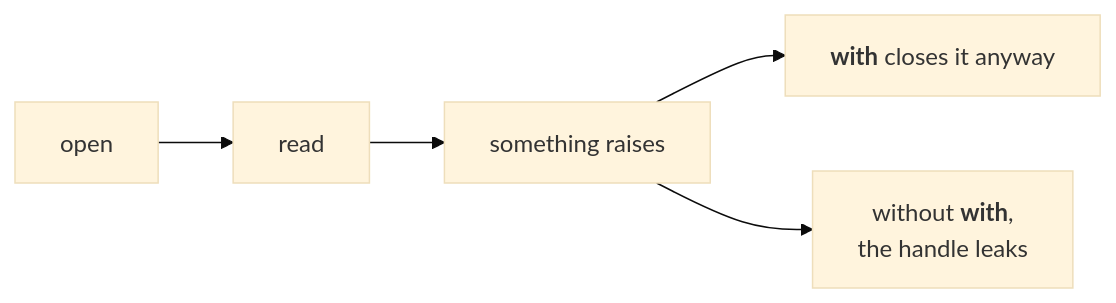
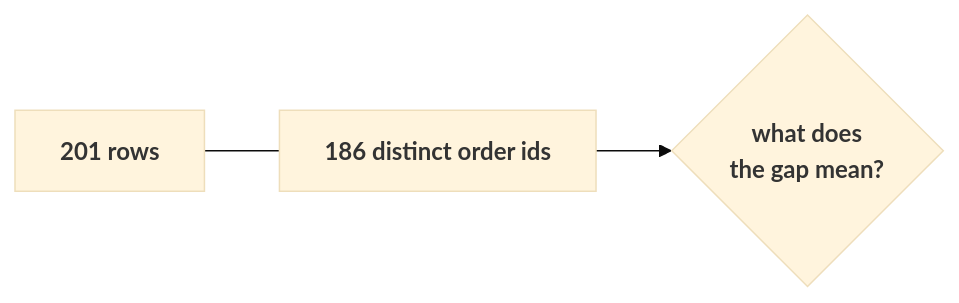
The sixth of 21 diagrams in content/W01/D3/slides/C2_W01_D03_half1_STUDENT.md (fde-academy-lab/c2-content-factory), drawn with Mermaid (base theme) before and after one commit. The commit also changed other lines of this file and 3 other files, not shown here.

````diff
--- a/content/W01/D3/slides/C2_W01_D03_half1_STUDENT.md
+++ b/content/W01/D3/slides/C2_W01_D03_half1_STUDENT.md
@@ -77,6 +262,5 @@
 ```mermaid
 flowchart LR
-    A["open"] --> B["read"] --> C["something raises"]
-    C --> D["<b>with</b> closes it anyway"]
-    C --> E["without <b>with</b>,<br/>the handle leaks"]
+    R["<b>201 rows</b>"] --- I["<b>186 distinct order ids</b>"]
+    I --> Q{"<b>what does<br/>the gap mean?</b>"}
 ```
````
